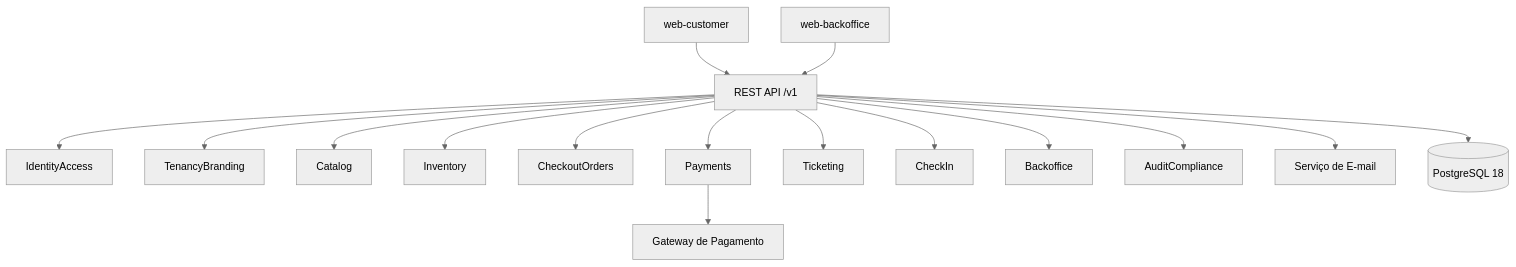
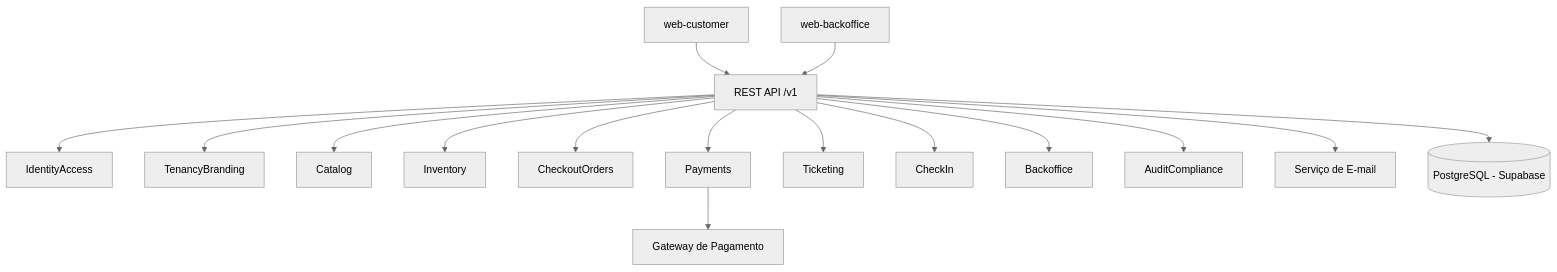
Before and after one commit to vbaptistel/primeira-fila: the diagram in docs/04-arquitetura-alto-nivel.md, drawn with Mermaid (neutral theme). The commit also changed other lines of this file and 19 other files, not shown here.

````diff
--- a/docs/04-arquitetura-alto-nivel.md
+++ b/docs/04-arquitetura-alto-nivel.md
@@ -37,18 +37,18 @@
 ```mermaid
 flowchart TD
   FE1[web-customer] --> API[REST API /v1]
   FE2[web-backoffice] --> API
   API --> IA[IdentityAccess]
   API --> TB[TenancyBranding]
   API --> CAT[Catalog]
   API --> INV[Inventory]
   API --> ORD[CheckoutOrders]
   API --> PAY[Payments]
   API --> TIC[Ticketing]
   API --> CHK[CheckIn]
   API --> BO[Backoffice]
   API --> AUD[AuditCompliance]
   PAY --> PG[Gateway de Pagamento]
   API --> ESP[Serviço de E-mail]
-  API --> DB[(PostgreSQL 18)]
+  API --> DB[(PostgreSQL - Supabase)]
 ```
````
